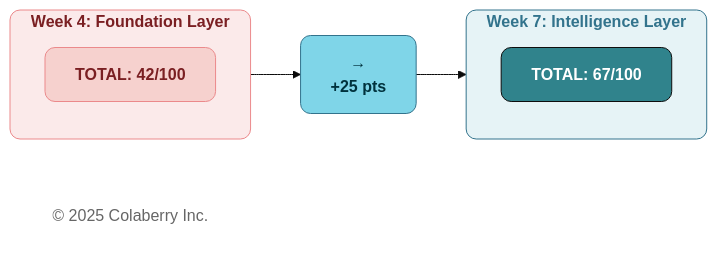
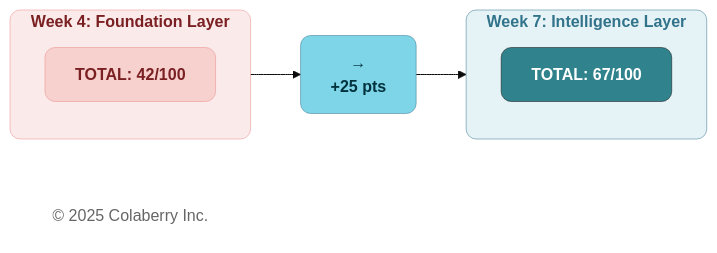
Before and after one commit to saitejesh-cyber/trust-before-intelligence-book: diagram 12 of 13 in manuscript/06_chapter_5_intelligence_layers.md, drawn with Mermaid (base theme). The commit also changed other lines of this file and 12 other files, not shown here.

Commit message:
Update stroke width to 0.5px instead of 1px to all the diagrams

````diff
--- a/manuscript/06_chapter_5_intelligence_layers.md
+++ b/manuscript/06_chapter_5_intelligence_layers.md
@@ -1190,26 +1190,26 @@
 ```mermaid
 graph LR
     subgraph W4_SUB["<b>Week 4: Foundation Layer</b>"]
         direction TB
         W4_TOTAL["<b>TOTAL: 42/100</b>"]
     end
     
     ARROW["<b>→</b><br/><b>+25 pts</b>"]
     
     subgraph W7_SUB["<b>Week 7: Intelligence Layer</b>"]
         direction TB
         W7_TOTAL["<b>TOTAL: 67/100</b>"]
     end
     
     Copyright["© 2025 Colaberry Inc."]
     
     W4_TOTAL --> ARROW
     ARROW --> W7_TOTAL
     
-    style W4_SUB fill:#FBEAEA,stroke:#EB898B,stroke-width:1px,color:#7A1F22,rx:10,ry:10
-    style W4_TOTAL fill:#F6D1CE,stroke:#EB898B,stroke-width:1px,color:#7A1F22,rx:10,ry:10
-    style ARROW fill:#7FD5E8,stroke:#32738C,stroke-width:1px,color:#00323D,rx:10,ry:10
-    style W7_SUB fill:#E6F3F6,stroke:#32738C,stroke-width:1px,color:#32738C,rx:10,ry:10
-    style W7_TOTAL fill:#30838C,stroke:#0D0D0D,stroke-width:1px,color:#ffffff,rx:10,ry:10
+    style W4_SUB fill:#FBEAEA,stroke:#EB898B,stroke-width:0.5px,color:#7A1F22,rx:10,ry:10
+    style W4_TOTAL fill:#F6D1CE,stroke:#EB898B,stroke-width:0.5px,color:#7A1F22,rx:10,ry:10
+    style ARROW fill:#7FD5E8,stroke:#32738C,stroke-width:0.5px,color:#00323D,rx:10,ry:10
+    style W7_SUB fill:#E6F3F6,stroke:#32738C,stroke-width:0.5px,color:#32738C,rx:10,ry:10
+    style W7_TOTAL fill:#30838C,stroke:#0D0D0D,stroke-width:0.5px,color:#ffffff,rx:10,ry:10
     style Copyright fill:none,stroke:none,color:#666666
 ```
````
